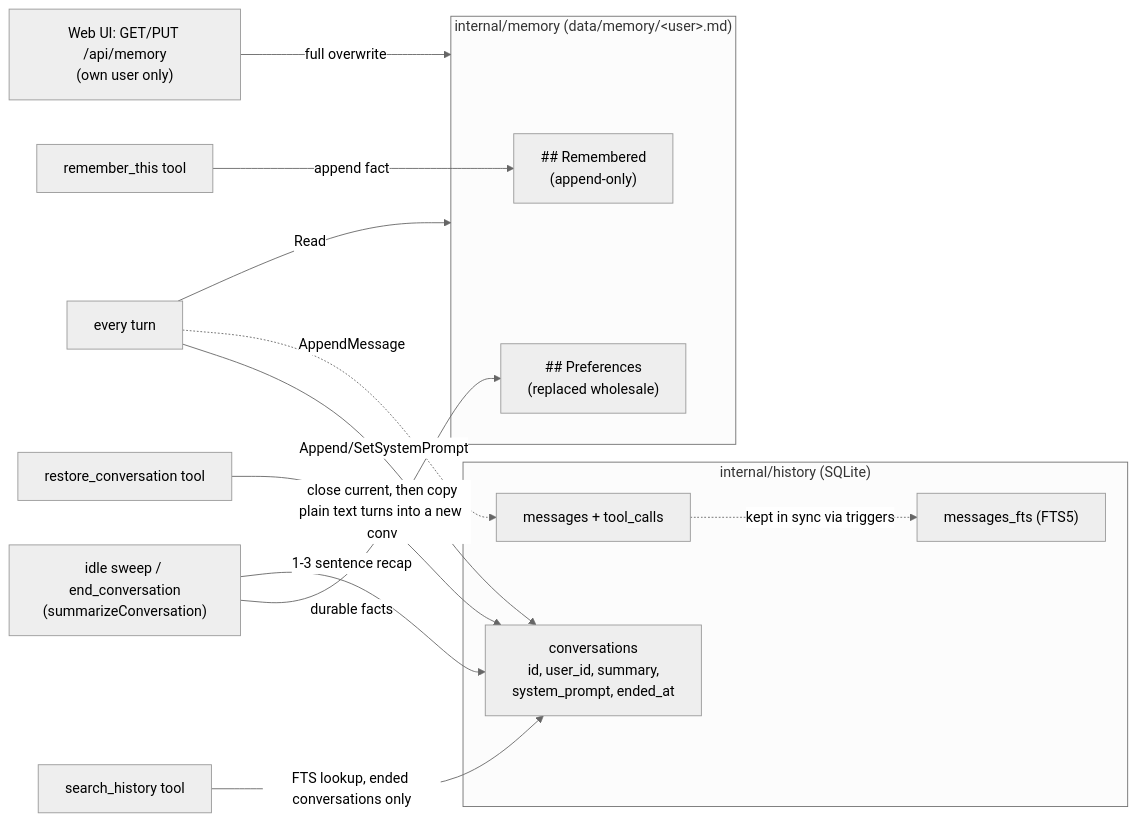
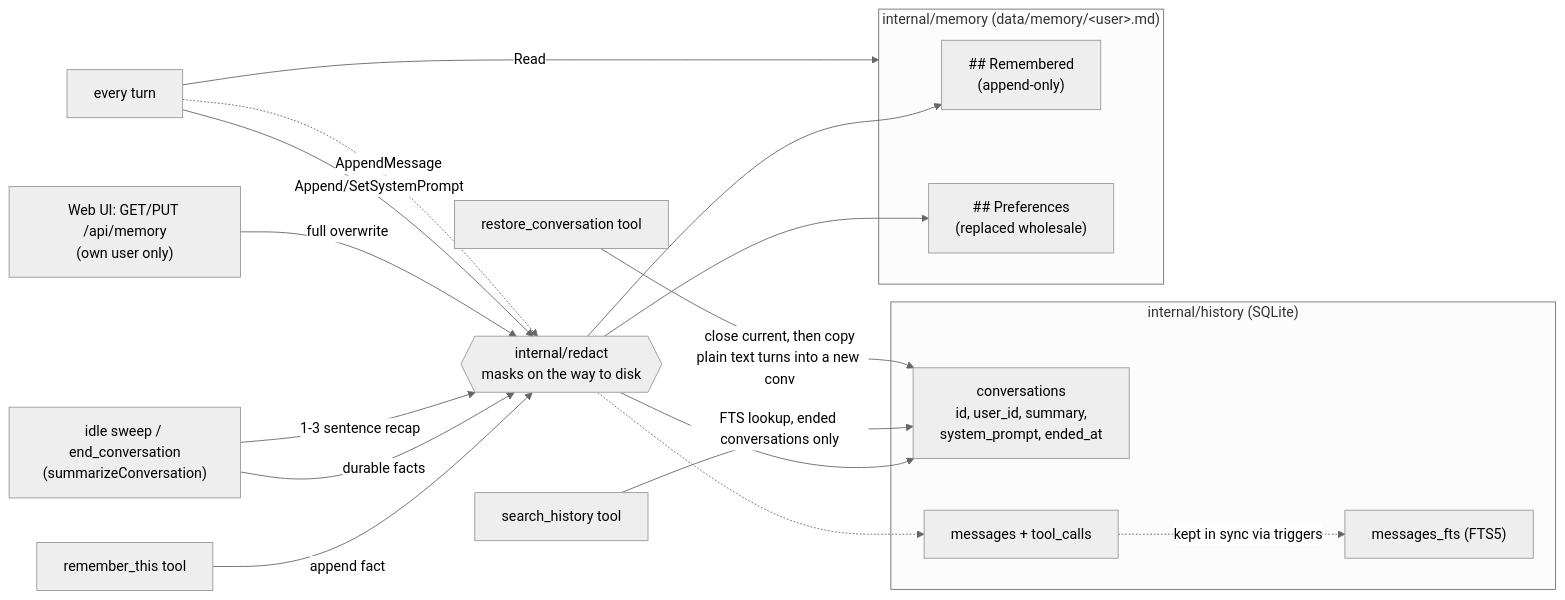
Before and after one commit to archer-developer/miranda: the third of 3 diagrams in CLAUDE.md, drawn with Mermaid (neutral theme). The commit also changed other lines of this file and 18 other files, not shown here.

````diff
--- a/CLAUDE.md
+++ b/CLAUDE.md
@@ -136,23 +139,29 @@
 ```mermaid
 flowchart LR
     subgraph HIST["internal/history (SQLite)"]
         conv["conversations\nid, user_id, summary,\nsystem_prompt, ended_at"]
         msg["messages + tool_calls"]
         fts["messages_fts (FTS5)"]
     end
     subgraph MEM["internal/memory (data/memory/&lt;user&gt;.md)"]
         remembered["## Remembered\n(append-only)"]
         preferences["## Preferences\n(replaced wholesale)"]
     end
 
-    remember_this["remember_this tool"] -->|append fact| remembered
-    summarize["idle sweep / end_conversation\n(summarizeConversation)"] -->|durable facts| preferences
-    summarize -->|1-3 sentence recap| conv
-    editor["Web UI: GET/PUT /api/memory\n(own user only)"] -->|full overwrite| MEM
+    remember_this["remember_this tool"] -->|append fact| redact
+    summarize["idle sweep / end_conversation\n(summarizeConversation)"] -->|durable facts| redact
+    summarize -->|1-3 sentence recap| redact
+    editor["Web UI: GET/PUT /api/memory\n(own user only)"] -->|full overwrite| redact
+    turn["every turn"] -->|Read| MEM
+    turn -->|Append/SetSystemPrompt| redact
+    turn -.->|AppendMessage| redact
+
+    redact{{"internal/redact\nmasks on the way to disk"}} --> remembered
+    redact --> preferences
+    redact --> conv
+    redact -.-> msg
+
     search["search_history tool"] -->|FTS lookup, ended conversations only| conv
     restore["restore_conversation tool"] -->|close current, then copy\nplain text turns into a new conv| conv
-    turn["every turn"] -->|Read| MEM
-    turn -->|Append/SetSystemPrompt| conv
-    turn -.->|AppendMessage| msg
     msg -.->|kept in sync via triggers| fts
 ```
````
